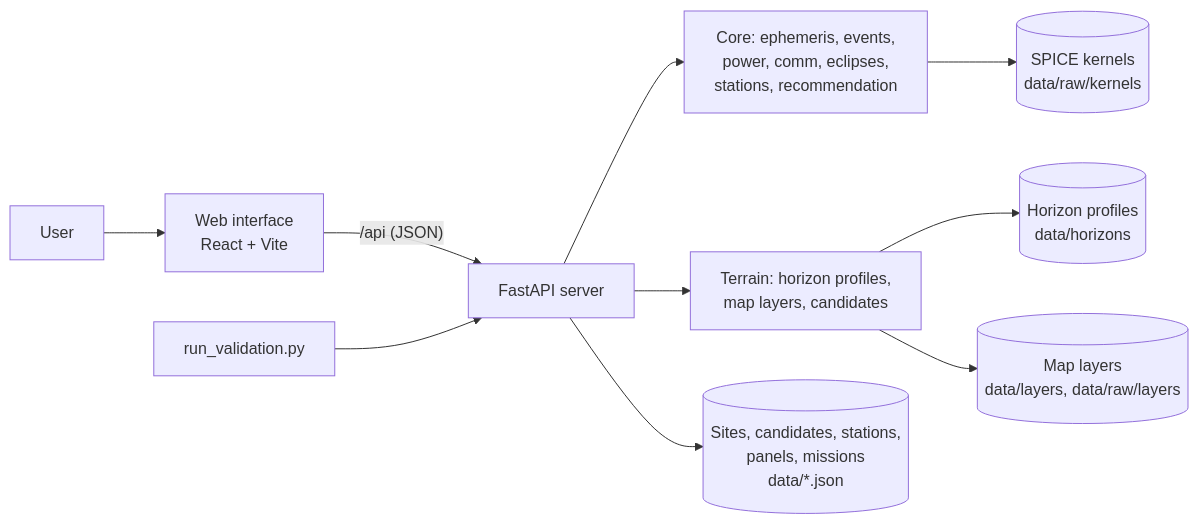
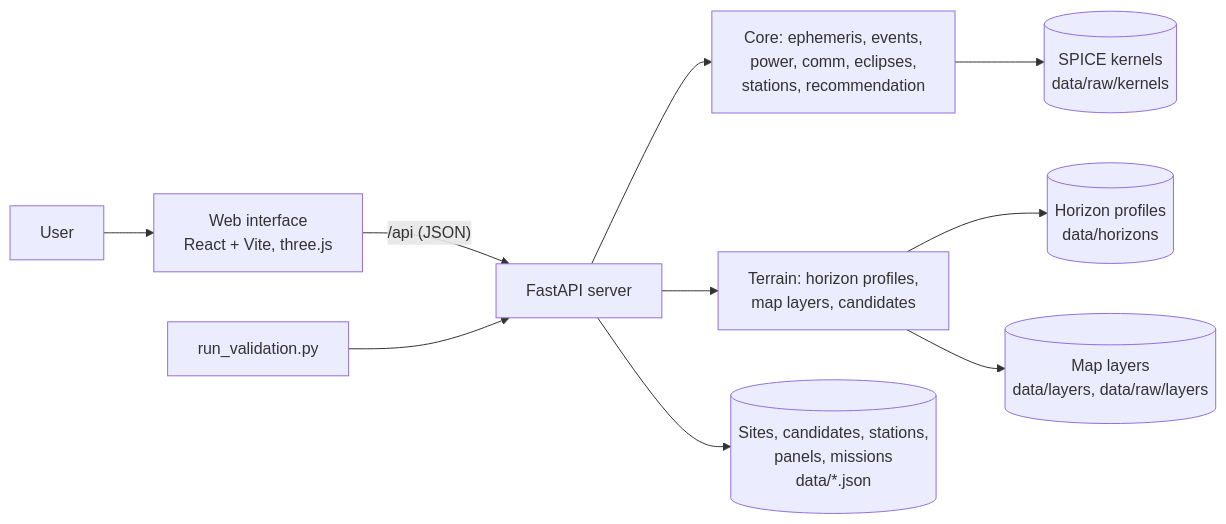
Before and after one commit to ahmetkrkyn0/NasaSpaceApp_FEZA: the diagram in README.md, drawn with Mermaid. The commit also changed other lines of this file, not shown here.

Commit message:
docs(readme): add 3d moon, earth-fixed points, t10 and three.js

````diff
--- a/README.md
+++ b/README.md
@@ -215,12 +218,12 @@
 ```mermaid
 flowchart LR
-    User --> UI[Web interface<br/>React + Vite]
+    User --> UI[Web interface<br/>React + Vite, three.js]
     UI -- "/api (JSON)" --> API[FastAPI server]
     API --> Core[Core: ephemeris, events,<br/>power, comm, eclipses,<br/>stations, recommendation]
     API --> Terrain[Terrain: horizon profiles,<br/>map layers, candidates]
     Core --> SPICE[(SPICE kernels<br/>data/raw/kernels)]
     Terrain --> Hz[(Horizon profiles<br/>data/horizons)]
     Terrain --> Layers[(Map layers<br/>data/layers, data/raw/layers)]
     API --> Catalog[(Sites, candidates, stations,<br/>panels, missions<br/>data/*.json)]
     Val[run_validation.py] --> API
 ```
````
